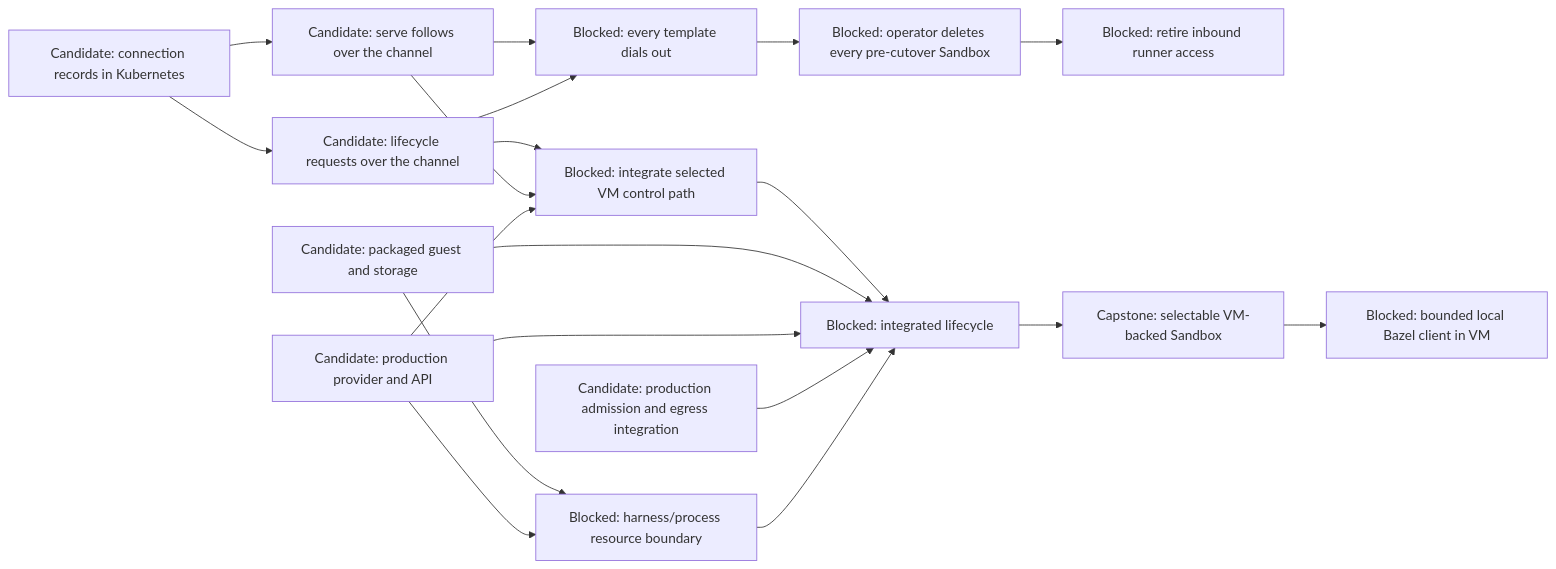
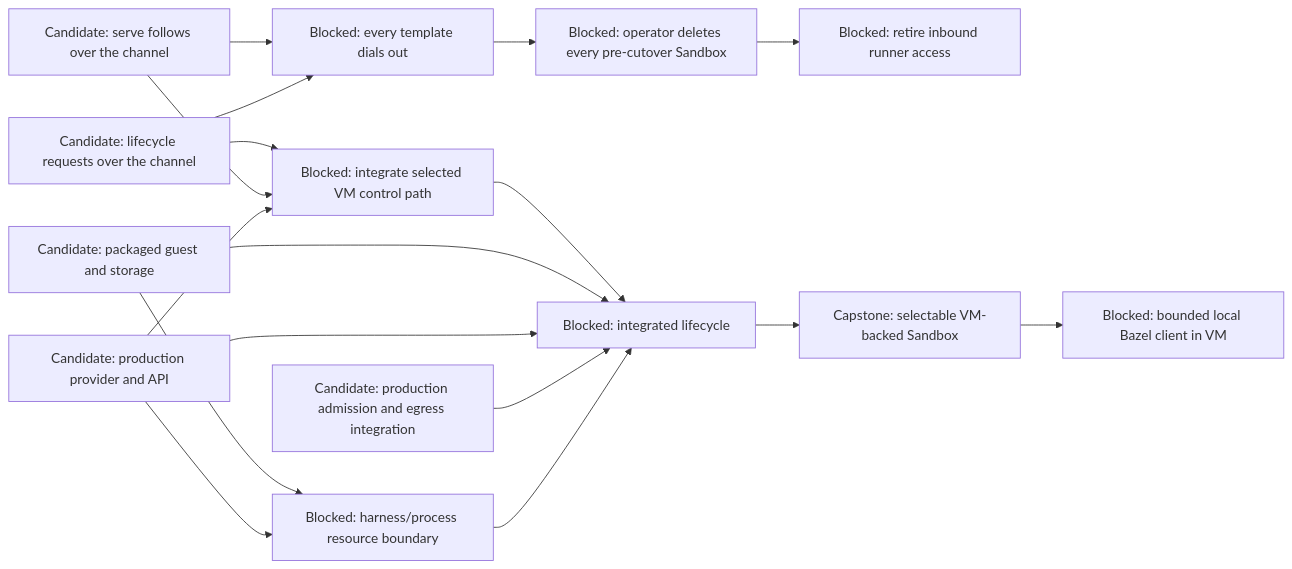
One commit to agentydragon-agent/ducktape changed the sixth of 11 diagrams in agentplane/plans/task_dag.md. Above: the diagram before and after it, drawn with Mermaid. The commit also changed other lines of this file and 28 other files, not shown here.

First line of the commit message:
agentplane/sandbox_service: record runner connections in Kubernetes (#9856)

````diff
--- a/agentplane/plans/task_dag.md
+++ b/agentplane/plans/task_dag.md
@@ -325,31 +325,28 @@
 ```mermaid
 flowchart LR
-    RUNNER_CONNECTION_RECORDS[Candidate: connection records in Kubernetes]
     RUNNER_OUTBOUND_SPOOL[Candidate: serve follows over the channel]
     RUNNER_OUTBOUND_LIFECYCLE[Candidate: lifecycle requests over the channel]
     RUNNER_OUTBOUND_ROLLOUT[Blocked: every template dials out]
     VM_CONTROL_NETWORKING[Blocked: integrate selected VM control path]
     VM_IMAGE[Candidate: packaged guest and storage]
     VM_PROVIDER[Candidate: production provider and API]
     VM_EGRESS[Candidate: production admission and egress integration]
     VM_PROCESS_ISOLATION[Blocked: harness/process resource boundary]
     VM_LIFECYCLE[Blocked: integrated lifecycle]
-    RUNNER_CONNECTION_RECORDS --> RUNNER_OUTBOUND_SPOOL
-    RUNNER_CONNECTION_RECORDS --> RUNNER_OUTBOUND_LIFECYCLE
     RUNNER_OUTBOUND_LIFECYCLE --> VM_CONTROL_NETWORKING
     RUNNER_OUTBOUND_SPOOL --> VM_CONTROL_NETWORKING
     RUNNER_OUTBOUND_SPOOL --> RUNNER_OUTBOUND_ROLLOUT
     RUNNER_OUTBOUND_LIFECYCLE --> RUNNER_OUTBOUND_ROLLOUT
     RUNNER_OUTBOUND_ROLLOUT --> LEGACY_SANDBOX_RETIRE[Blocked: operator deletes every pre-cutover Sandbox]
     LEGACY_SANDBOX_RETIRE --> RUNNER_INBOUND_RETIRE[Blocked: retire inbound runner access]
     VM_PROVIDER --> VM_CONTROL_NETWORKING
     VM_CONTROL_NETWORKING --> VM_LIFECYCLE
     VM_IMAGE --> VM_PROCESS_ISOLATION
     VM_PROVIDER --> VM_PROCESS_ISOLATION
     VM_IMAGE --> VM_LIFECYCLE
     VM_PROVIDER --> VM_LIFECYCLE
     VM_EGRESS --> VM_LIFECYCLE
     VM_PROCESS_ISOLATION --> VM_LIFECYCLE
     VM_LIFECYCLE --> SANDBOX_VM_ISOLATION[Capstone: selectable VM-backed Sandbox]
     SANDBOX_VM_ISOLATION --> LOCAL_BAZEL[Blocked: bounded local Bazel client in VM]
 ```
````
